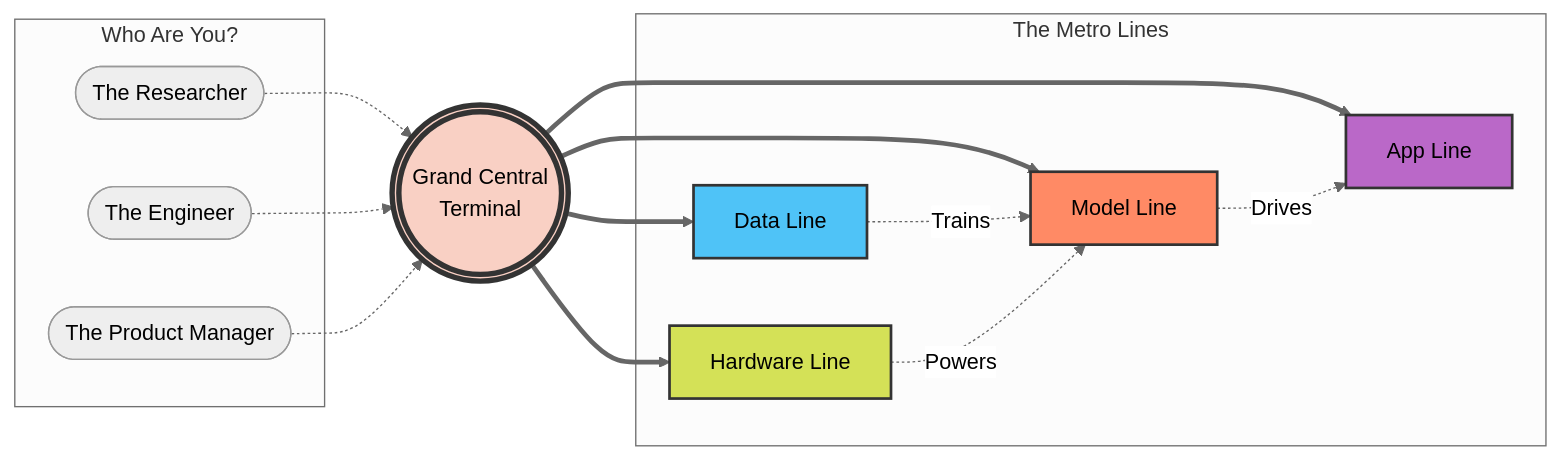
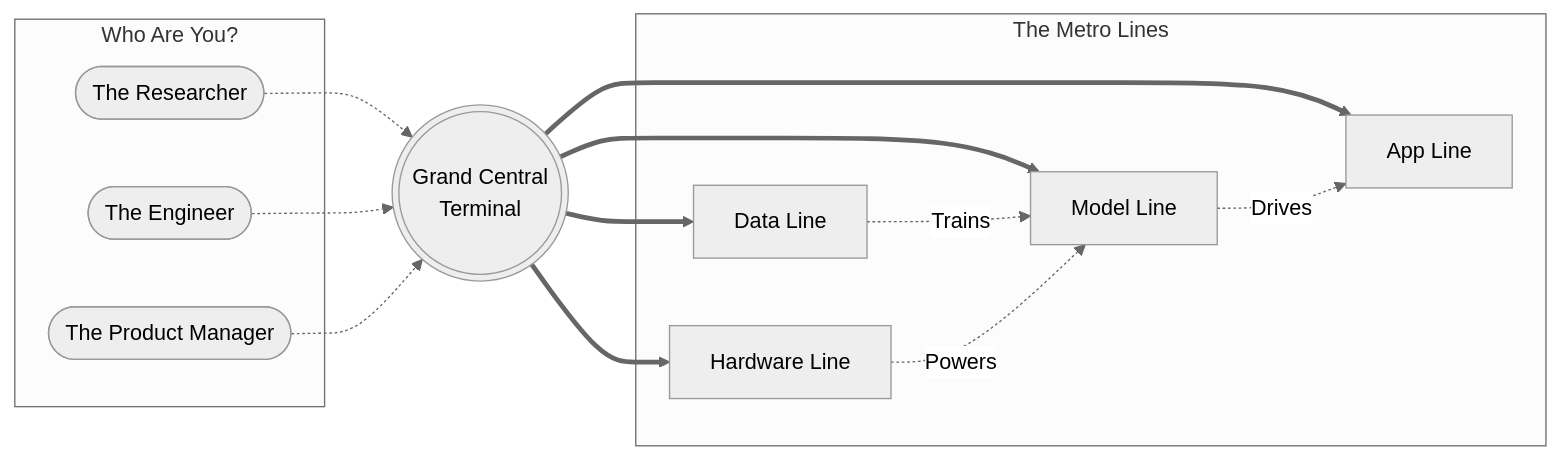
Before and after one commit to vdonthireddy/ai-knowledge-base: the diagram in grand_central_navigation.md, drawn with Mermaid (neutral theme). The commit also changed 30 other files, not shown here.

Commit message:
chore: Rename files and fix mermaid diagram styles for dark mode compatibility

````diff
--- a/grand_central_navigation.md
+++ b/grand_central_navigation.md
@@ -22,36 +22,31 @@
 ```mermaid
 flowchart LR
     subgraph Passengers [Who Are You?]
         R([The Researcher])
         E([The Engineer])
         P([The Product Manager])
     end
 
     GC(((Grand Central<br>Terminal)))
 
     subgraph Lines [The Metro Lines]
         HL[Hardware Line]
         DL[Data Line]
         ML[Model Line]
         AL[App Line]
     end
 
     R -.-> GC
     E -.-> GC
     P -.-> GC
 
     GC ==> HL
     GC ==> DL
     GC ==> ML
     GC ==> AL
     
     DL -.-> |Trains| ML
     HL -.-> |Powers| ML
     ML -.-> |Drives| AL
     
-    style GC fill:#f9d0c4,stroke:#333,stroke-width:4px,color:#000
-    style HL fill:#d4e157,stroke:#333,stroke-width:2px,color:#000
-    style DL fill:#4fc3f7,stroke:#333,stroke-width:2px,color:#000
-    style ML fill:#ff8a65,stroke:#333,stroke-width:2px,color:#000
-    style AL fill:#ba68c8,stroke:#333,stroke-width:2px,color:#000
 ```
````
